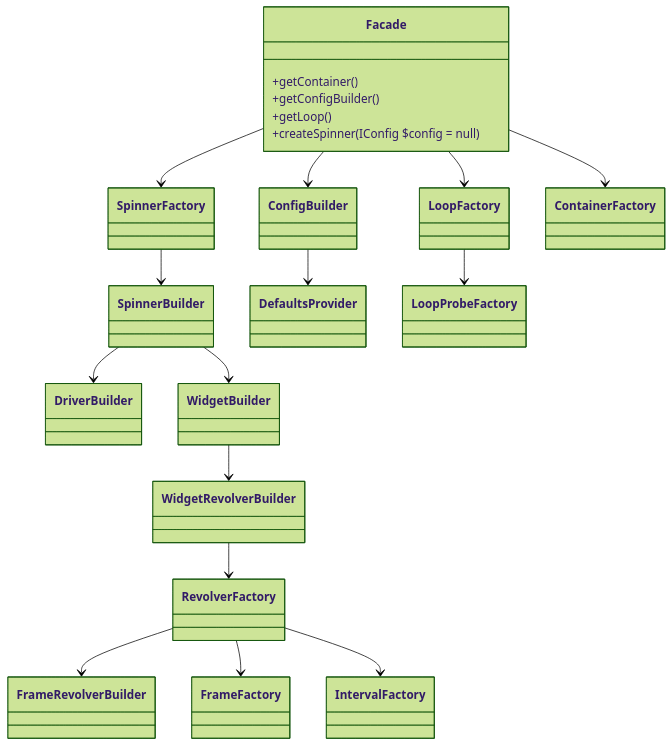
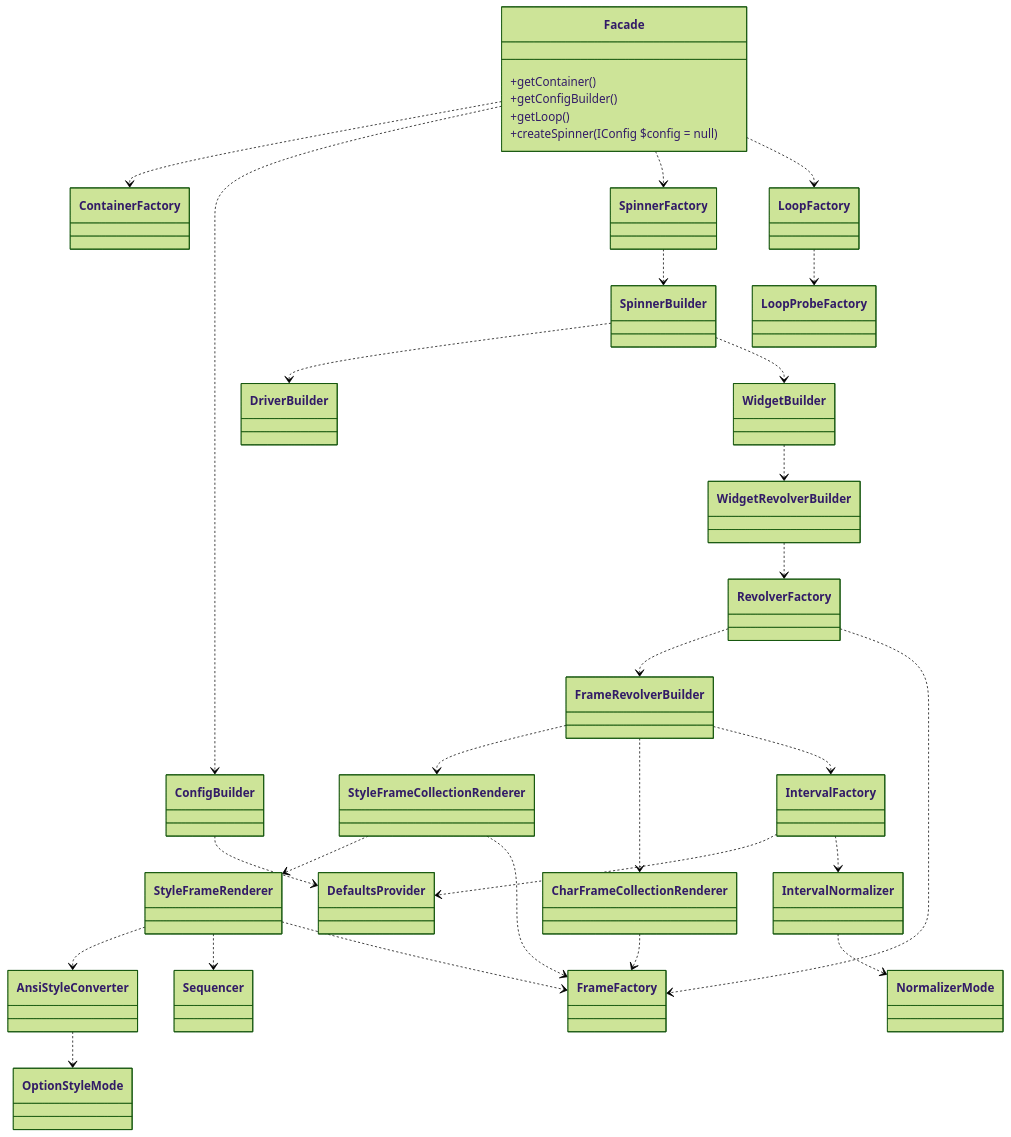
Before and after one commit to alecrabbit/php-console-spinner: the diagram in doc/info/hierarchy/services.md, drawn with Mermaid (forest theme).

````diff
--- a/doc/info/hierarchy/services.md
+++ b/doc/info/hierarchy/services.md
@@ -3,32 +3,53 @@
 ```mermaid
 classDiagram
     direction TB
-    Facade --> SpinnerFactory
-    Facade --> ConfigBuilder
-    Facade --> LoopFactory
-    Facade --> ContainerFactory
-    class Facade{
+    Facade ..> ContainerFactory
+    Facade ..> ConfigBuilder
+    Facade ..> SpinnerFactory
+    Facade ..> LoopFactory
+    
+    class Facade {
         +getContainer()
         +getConfigBuilder()
         +getLoop()
         +createSpinner(IConfig $config = null)
     }
     
-    SpinnerFactory --> SpinnerBuilder
+    SpinnerFactory ..> SpinnerBuilder
 
-    ConfigBuilder --> DefaultsProvider
+    ConfigBuilder ..> DefaultsProvider
 
-    LoopFactory --> LoopProbeFactory
+    LoopFactory ..> LoopProbeFactory
     
-    SpinnerBuilder --> DriverBuilder
-    SpinnerBuilder --> WidgetBuilder
+    SpinnerBuilder ..> DriverBuilder
+    SpinnerBuilder ..> WidgetBuilder
     
-    WidgetBuilder --> WidgetRevolverBuilder
+    WidgetBuilder ..> WidgetRevolverBuilder
     
-    WidgetRevolverBuilder --> RevolverFactory
+    WidgetRevolverBuilder ..> RevolverFactory
     
-    RevolverFactory --> FrameRevolverBuilder
-    RevolverFactory --> FrameFactory
-    RevolverFactory --> IntervalFactory
-
+    RevolverFactory ..> FrameRevolverBuilder
+    RevolverFactory ..> FrameFactory
+    
+    FrameRevolverBuilder ..> StyleFrameCollectionRenderer
+    FrameRevolverBuilder ..> CharFrameCollectionRenderer
+    FrameRevolverBuilder ..> IntervalFactory
+    
+    IntervalFactory ..> DefaultsProvider
+    IntervalFactory ..> IntervalNormalizer
+    
+    IntervalNormalizer ..> NormalizerMode
+    
+    StyleFrameCollectionRenderer ..> StyleFrameRenderer
+    StyleFrameCollectionRenderer ..> FrameFactory
+    
+    CharFrameCollectionRenderer ..> FrameFactory
+    
+    StyleFrameRenderer ..> AnsiStyleConverter
+    StyleFrameRenderer ..> Sequencer
+    StyleFrameRenderer ..> FrameFactory
+    
+    AnsiStyleConverter ..> OptionStyleMode
+    
+    
 ```
````
